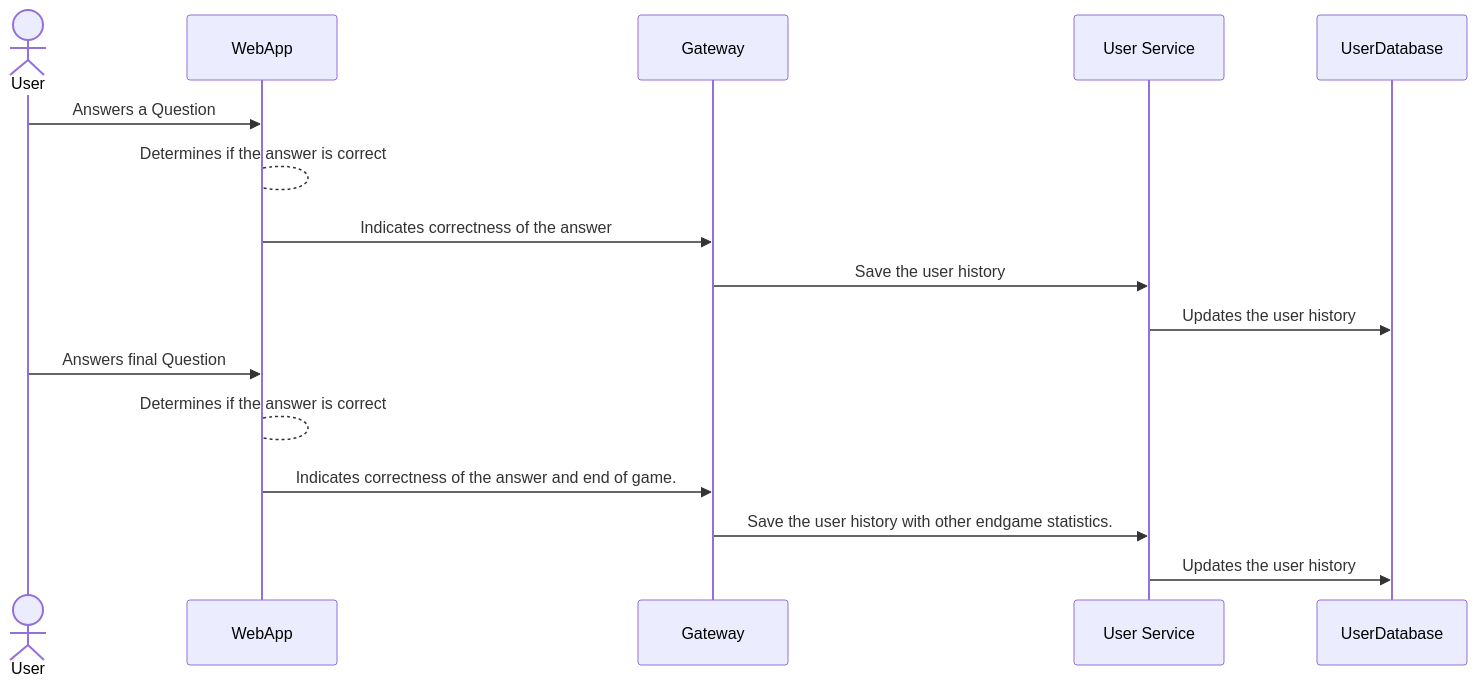
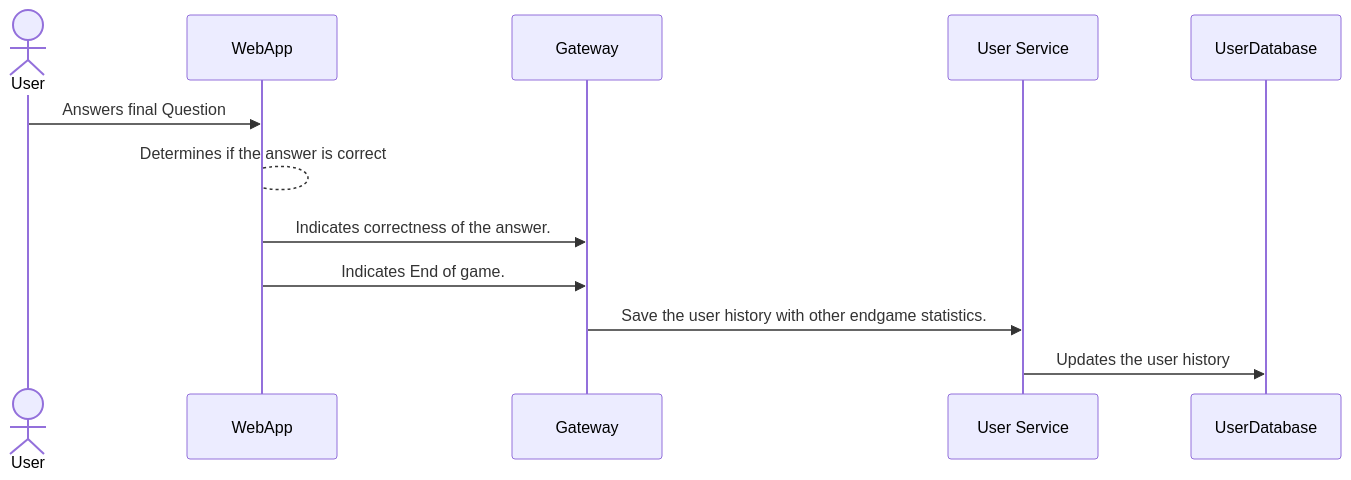
The eighth of 8 diagrams in docs/src/06_runtime_view.adoc (Arquisoft/wiq_en3b), drawn with Mermaid before and after one commit. The commit also changed other lines of this file and 3 other files, not shown here.

```diff
--- a/docs/src/06_runtime_view.adoc
+++ b/docs/src/06_runtime_view.adoc
@@ -196,21 +223,16 @@
 [mermaid]
 ....
- sequenceDiagram
+sequenceDiagram
     actor U as User
     participant FE as WebApp 
     participant BE as Gateway 
     participant HS as User Service
     participant DB as UserDatabase 
 
-    U->>FE: Answers a Question
-    FE-->FE: Determines if the answer is correct
-    FE->>BE: Indicates correctness of the answer
-    BE->>HS: Save the user history
-    HS->>DB: Updates the user history
-
     U->>FE: Answers final Question
     FE-->FE: Determines if the answer is correct
-    FE->>BE: Indicates correctness of the answer and end of game.
+    FE->>BE: Indicates correctness of the answer.
+    FE->>BE: Indicates End of game.
     BE->>HS: Save the user history with other endgame statistics.
     HS->>DB: Updates the user history
 ....
```
